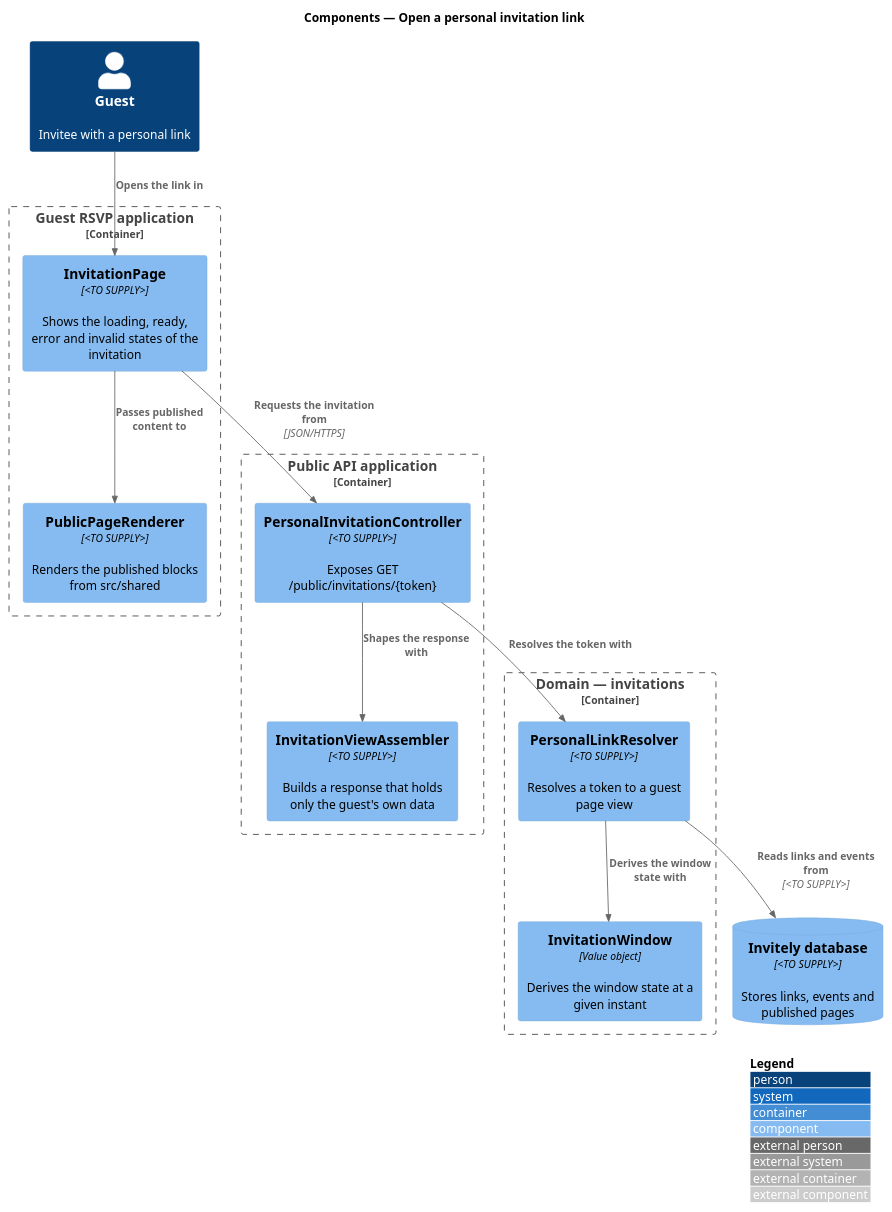
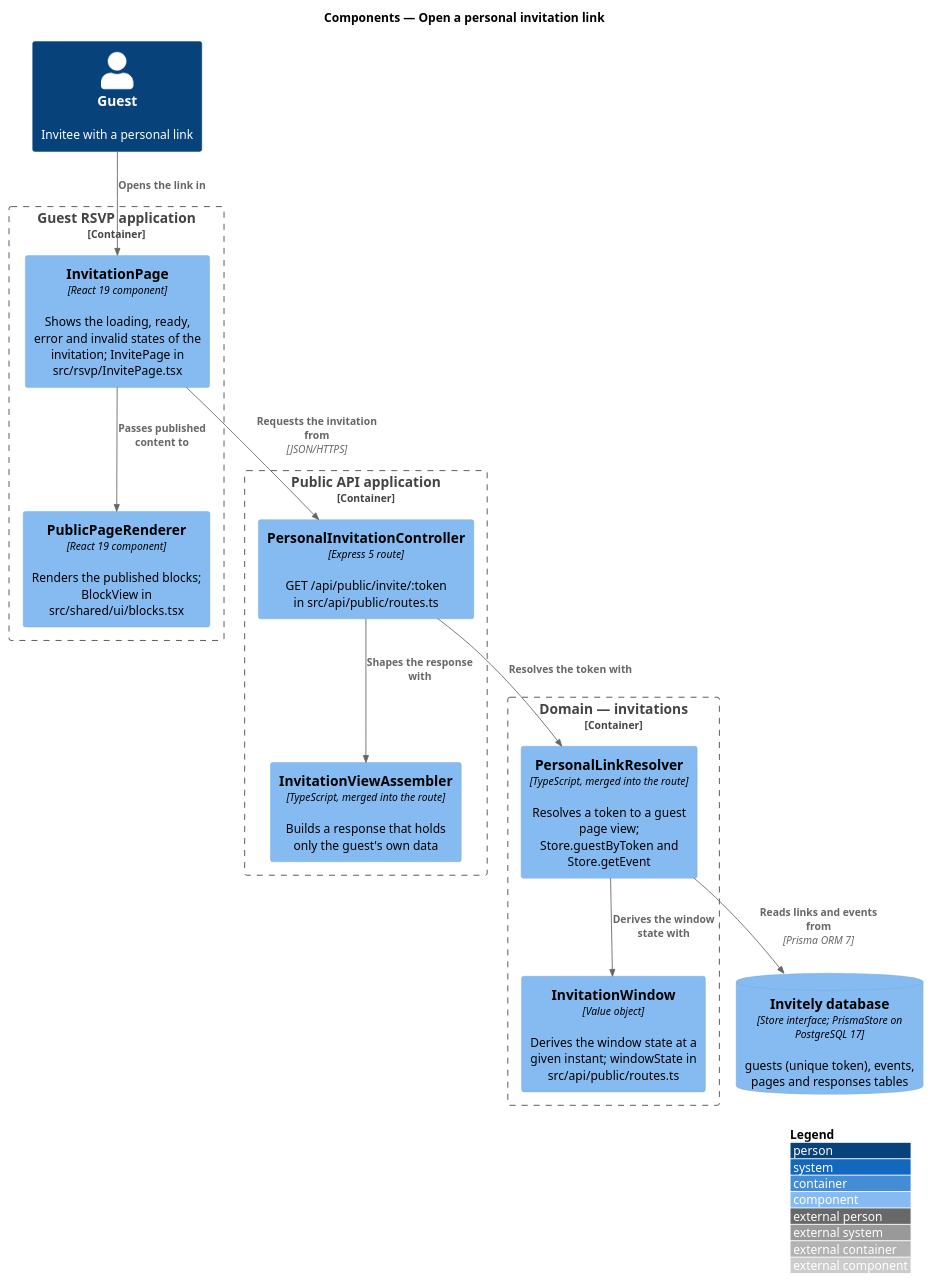
The diagram in docs/detailed-designs/rsvp/open-personal-invitation/diagrams/c4-component.puml (QuinntyneBrown/rsvp-cms), drawn with PlantUML before and after one commit. The commit also changed 45 other files, not shown here.

Commit message:
Add design-system component pages and tokens.json, fill in technologies in design diagrams

```diff
--- a/docs/detailed-designs/rsvp/open-personal-invitation/diagrams/c4-component.puml
+++ b/docs/detailed-designs/rsvp/open-personal-invitation/diagrams/c4-component.puml
@@ -1,27 +1,27 @@
 @startuml
 !include <C4/C4_Component>
 LAYOUT_WITH_LEGEND()
 title Components — Open a personal invitation link
 
 Person(guest, "Guest", "Invitee with a personal link")
 Container_Boundary(rsvp, "Guest RSVP application") {
-  Component(page, "InvitationPage", "<TO SUPPLY>", "Shows the loading, ready, error and invalid states of the invitation")
-  Component(renderer, "PublicPageRenderer", "<TO SUPPLY>", "Renders the published blocks from src/shared")
+  Component(page, "InvitationPage", "React 19 component", "Shows the loading, ready, error and invalid states of the invitation; InvitePage in src/rsvp/InvitePage.tsx")
+  Component(renderer, "PublicPageRenderer", "React 19 component", "Renders the published blocks; BlockView in src/shared/ui/blocks.tsx")
 }
 Container_Boundary(publicApi, "Public API application") {
-  Component(ctrl, "PersonalInvitationController", "<TO SUPPLY>", "Exposes GET /public/invitations/{token}")
-  Component(assembler, "InvitationViewAssembler", "<TO SUPPLY>", "Builds a response that holds only the guest's own data")
+  Component(ctrl, "PersonalInvitationController", "Express 5 route", "GET /api/public/invite/:token in src/api/public/routes.ts")
+  Component(assembler, "InvitationViewAssembler", "TypeScript, merged into the route", "Builds a response that holds only the guest's own data")
 }
 Container_Boundary(domain, "Domain — invitations") {
-  Component(resolver, "PersonalLinkResolver", "<TO SUPPLY>", "Resolves a token to a guest page view")
-  Component(window, "InvitationWindow", "Value object", "Derives the window state at a given instant")
+  Component(resolver, "PersonalLinkResolver", "TypeScript, merged into the route", "Resolves a token to a guest page view; Store.guestByToken and Store.getEvent")
+  Component(window, "InvitationWindow", "Value object", "Derives the window state at a given instant; windowState in src/api/public/routes.ts")
 }
-ComponentDb(db, "Invitely database", "<TO SUPPLY>", "Stores links, events and published pages")
+ComponentDb(db, "Invitely database", "Store interface; PrismaStore on PostgreSQL 17", "guests (unique token), events, pages and responses tables")
 Rel(guest, page, "Opens the link in")
 Rel(page, renderer, "Passes published content to")
 Rel(page, ctrl, "Requests the invitation from", "JSON/HTTPS")
 Rel(ctrl, resolver, "Resolves the token with")
 Rel(ctrl, assembler, "Shapes the response with")
 Rel(resolver, window, "Derives the window state with")
-Rel(resolver, db, "Reads links and events from", "<TO SUPPLY>")
+Rel(resolver, db, "Reads links and events from", "Prisma ORM 7")
 @enduml
```
